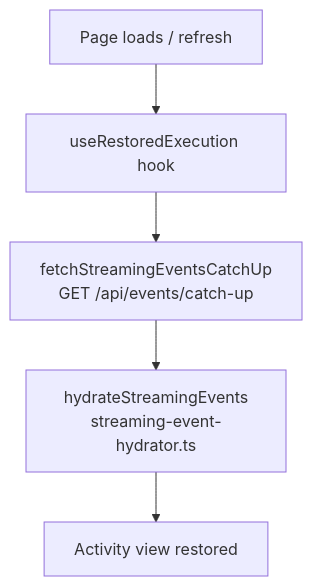
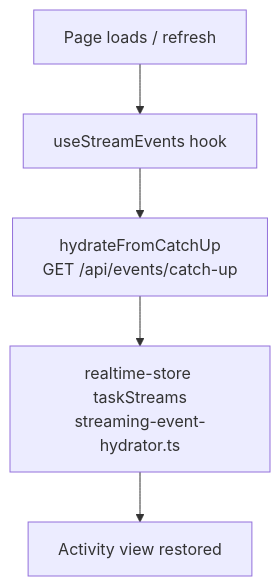
The fifth of 7 diagrams in docs/design/OBSERVABILITY.md (fuxialexander/astro), drawn with Mermaid before and after one commit. The commit also changed other lines of this file and 14 other files, not shown here.

````diff
--- a/docs/design/OBSERVABILITY.md
+++ b/docs/design/OBSERVABILITY.md
@@ -189,7 +189,7 @@
 ```mermaid
 flowchart TD
-    A[Page loads / refresh] --> B[useRestoredExecution hook]
-    B --> C[fetchStreamingEventsCatchUp<br/>GET /api/events/catch-up]
-    C --> D[hydrateStreamingEvents<br/>streaming-event-hydrator.ts]
+    A[Page loads / refresh] --> B[useStreamEvents hook]
+    B --> C[hydrateFromCatchUp<br/>GET /api/events/catch-up]
+    C --> D[realtime-store taskStreams<br/>streaming-event-hydrator.ts]
     D --> E[Activity view restored]
 ```
````
